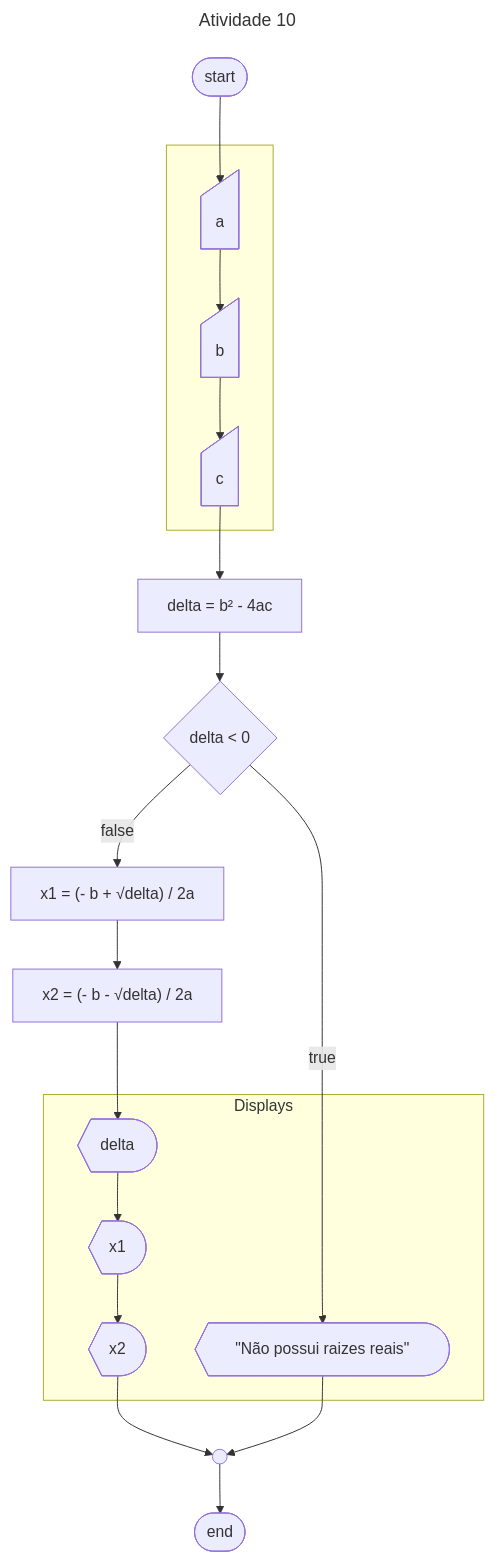
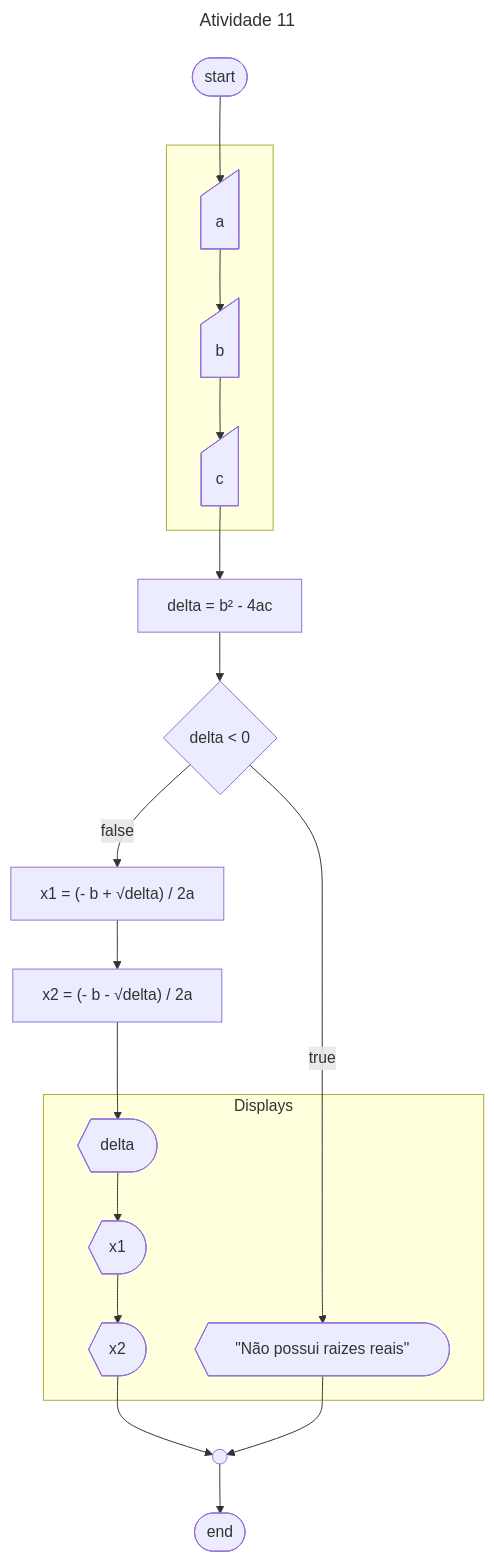
One commit to kf-martins-uel/algoritmos-atividade1 changed the fifth of 7 diagrams in Parte-2/README.md. Above: the diagram before and after it, drawn with Mermaid. The commit also changed other lines of this file and 2 other files, not shown here.

````diff
--- a/Parte-2/README.md
+++ b/Parte-2/README.md
@@ -235,32 +235,32 @@
 ```mermaid
 ---
-title: Atividade 10
+title: Atividade 11
 ---
 flowchart TD
     start([start])
     fim([end])
     conector@{shape: circle, label: " "}
     subgraph " "
         a@{shape: manual-input}
         b@{shape: manual-input}
         c@{shape: manual-input}
     end
     delta["delta = b² - 4ac"]
     x1["x1 = (- b + √delta) / 2a"]
     x2["x2 = (- b - √delta) / 2a"]
     subgraph Displays
         ddelta@{shape: display, label: "delta"}
         dx1@{shape: display, label: "x1"}
         dx2@{shape: display, label: "x2"}
         invalido@{shape: display, label: "\"Não possui raizes reais\""}
     end
     if{delta < 0}
     
     start --> a --> b --> c --> delta --> if
 
     if --> |true| invalido
     if --> |false| x1 --> x2 --> ddelta --> dx1 --> dx2 --> conector
     invalido --> conector
 
     conector --> fim
 ```
````
